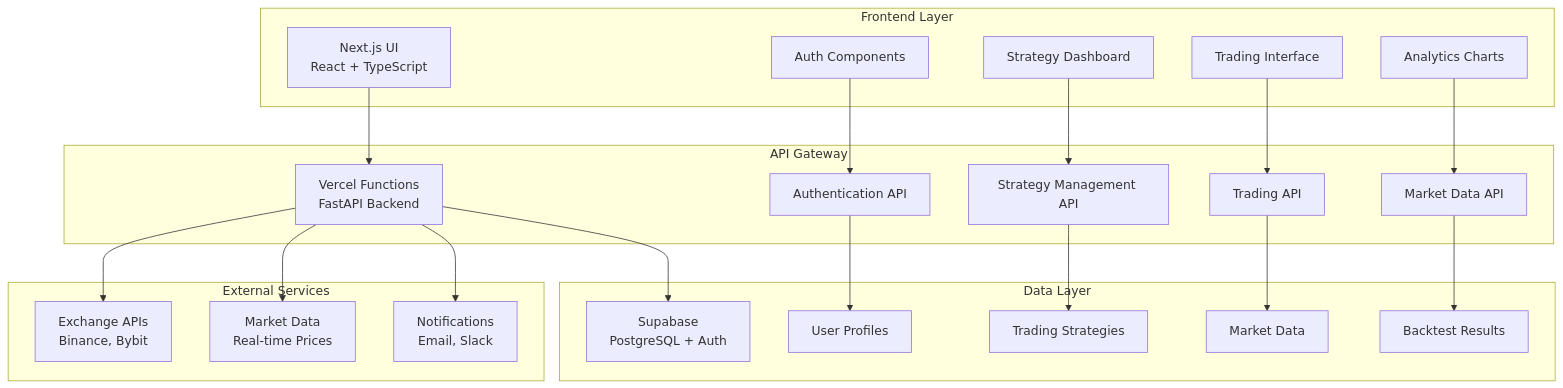
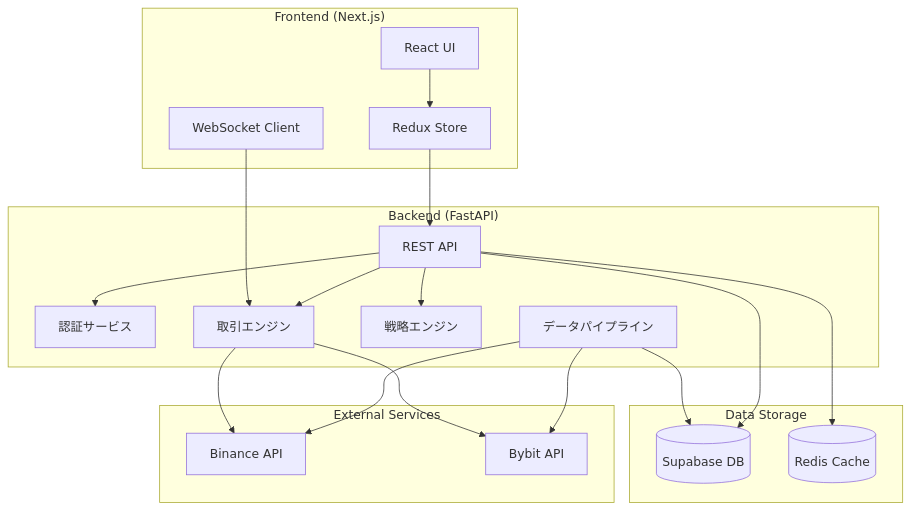
The diagram in docs/ARCHITECTURE.md (shingo25/advanced-crypto-trading-bot), drawn with Mermaid before and after one commit. The commit also changed other lines of this file and 5 other files, not shown here.

````diff
--- a/docs/ARCHITECTURE.md
+++ b/docs/ARCHITECTURE.md
@@ -14,48 +7,44 @@
 ```mermaid
 graph TB
-    subgraph "Frontend Layer"
-        A[Next.js UI<br/>React + TypeScript]
-        A1[Auth Components]
-        A2[Strategy Dashboard]  
-        A3[Trading Interface]
-        A4[Analytics Charts]
+    subgraph "Frontend (Next.js)"
+        UI[React UI]
+        Redux[Redux Store]
+        WS[WebSocket Client]
     end
-    
-    subgraph "API Gateway"
-        B[Vercel Functions<br/>FastAPI Backend]
-        B1[Authentication API]
-        B2[Strategy Management API]
-        B3[Trading API]
-        B4[Market Data API]
+
+    subgraph "Backend (FastAPI)"
+        API[REST API]
+        Auth[認証サービス]
+        Trading[取引エンジン]
+        Strategy[戦略エンジン]
+        DataPipeline[データパイプライン]
     end
-    
-    subgraph "Data Layer"
-        C[Supabase<br/>PostgreSQL + Auth]
-        C1[User Profiles]
-        C2[Trading Strategies]
-        C3[Market Data]
-        C4[Backtest Results]
+
+    subgraph "Data Storage"
+        Supabase[(Supabase DB)]
+        Cache[(Redis Cache)]
     end
-    
+
     subgraph "External Services"
-        D[Exchange APIs<br/>Binance, Bybit]
-        E[Market Data<br/>Real-time Prices]
-        F[Notifications<br/>Email, Slack]
+        Binance[Binance API]
+        Bybit[Bybit API]
     end
-    
-    A --> B
-    B --> C
-    B --> D
-    B --> E
-    B --> F
-    
-    A1 --> B1
-    A2 --> B2
-    A3 --> B3
-    A4 --> B4
-    
-    B1 --> C1
-    B2 --> C2
-    B3 --> C3
-    B4 --> C4
+
+    UI --> Redux
+    Redux --> API
+    WS --> Trading
+
+    API --> Auth
+    API --> Strategy
+    API --> Trading
+
+    Trading --> Binance
+    Trading --> Bybit
+
+    DataPipeline --> Binance
+    DataPipeline --> Bybit
+    DataPipeline --> Supabase
+
+    API --> Supabase
+    API --> Cache
 ```
````
